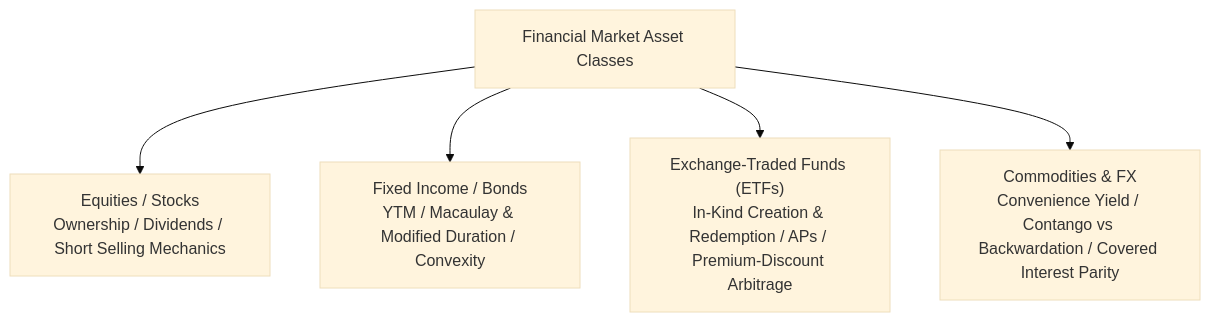
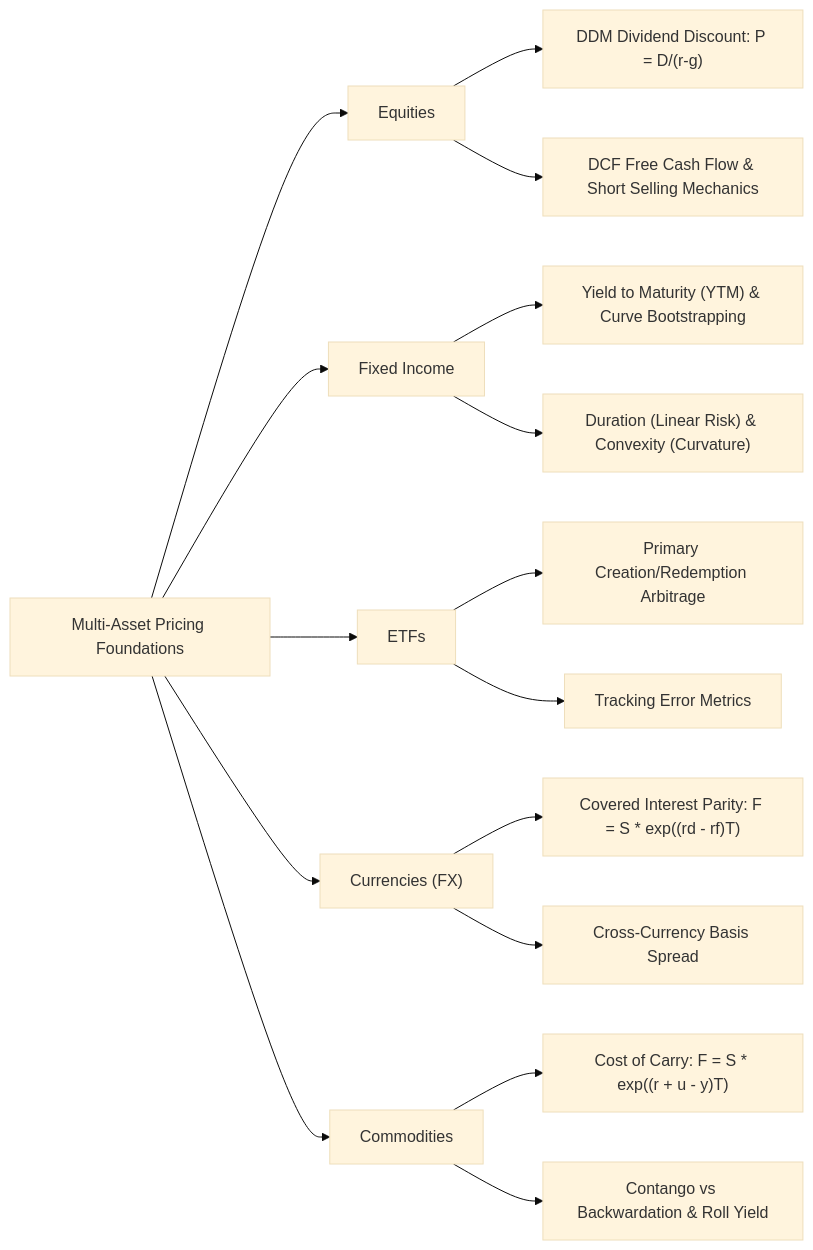
Before and after one commit to CurryTang/MLSYS_tutorial: the second of 4 diagrams in notes/quant/Quant14 Financial Markets Asset Classes and Portfolio Theory.en.md, drawn with Mermaid (base theme). The commit also changed other lines of this file and 3 other files, not shown here.

Commit message:
docs(quant): expand Quant 14 to textbook-grade masterclass covering microstructure, asset classes, AMM, derivatives, and portfolio theory

````diff
--- a/notes/quant/Quant14 Financial Markets Asset Classes and Portfolio Theory.en.md
+++ b/notes/quant/Quant14 Financial Markets Asset Classes and Portfolio Theory.en.md
@@ -11,7 +178,23 @@
 ```mermaid
-graph TD
-    A["Financial Market Asset Classes"] --> B["Equities / Stocks<br/>Ownership / Dividends / Short Selling Mechanics"]
-    A --> C["Fixed Income / Bonds<br/>YTM / Macaulay & Modified Duration / Convexity"]
-    A --> D["Exchange-Traded Funds (ETFs)<br/>In-Kind Creation & Redemption / APs / Premium-Discount Arbitrage"]
-    A --> E["Commodities & FX<br/>Convenience Yield / Contango vs Backwardation / Covered Interest Parity"]
+graph LR
+    A["Multi-Asset Pricing Foundations"] --> B["Equities"]
+    A --> C["Fixed Income"]
+    A --> D["ETFs"]
+    A --> E["Currencies (FX)"]
+    A --> F["Commodities"]
+    
+    B --> B1["DDM Dividend Discount: P = D/(r-g)"]
+    B --> B2["DCF Free Cash Flow & Short Selling Mechanics"]
+    
+    C --> C1["Yield to Maturity (YTM) & Curve Bootstrapping"]
+    C --> C2["Duration (Linear Risk) & Convexity (Curvature)"]
+    
+    D --> D1["Primary Creation/Redemption Arbitrage"]
+    D --> D2["Tracking Error Metrics"]
+    
+    E --> E1["Covered Interest Parity: F = S * exp((rd - rf)T)"]
+    E --> E2["Cross-Currency Basis Spread"]
+    
+    F --> F1["Cost of Carry: F = S * exp((r + u - y)T)"]
+    F --> F2["Contango vs Backwardation & Roll Yield"]
 ```
````
